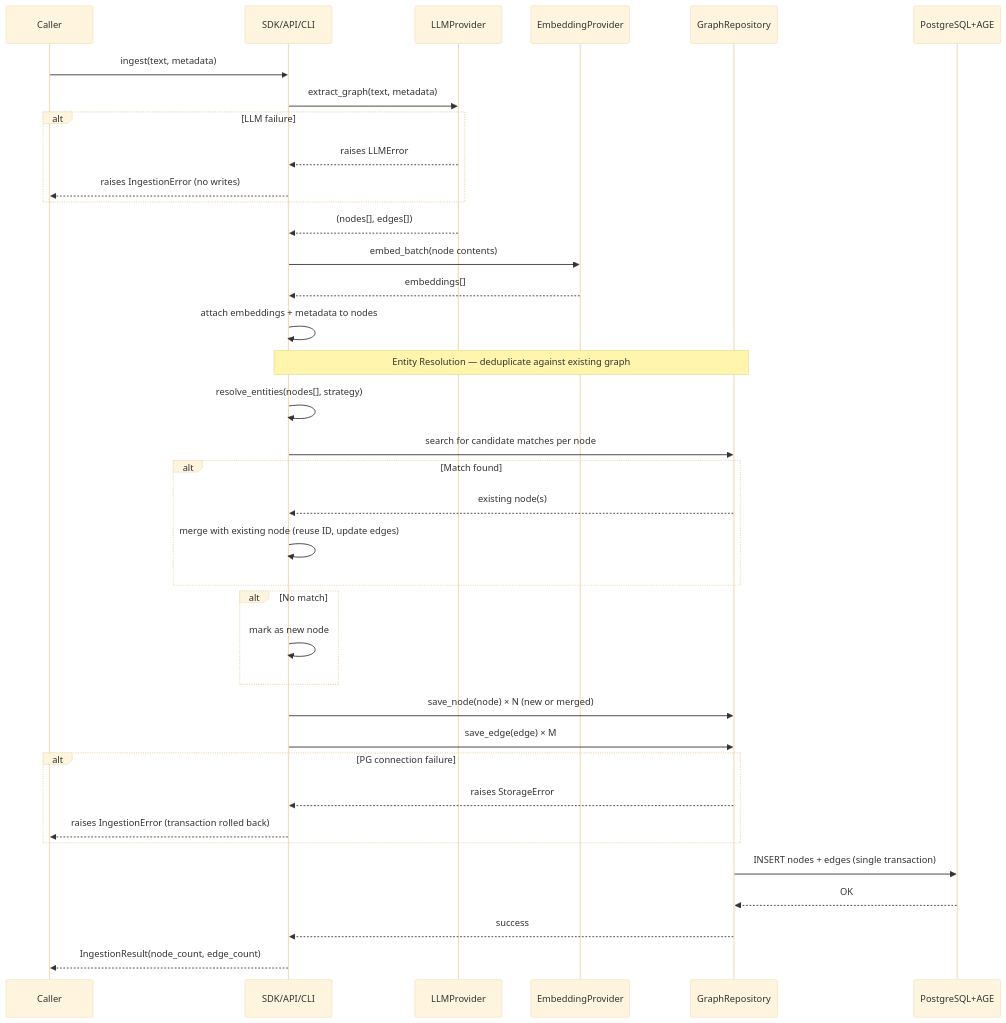
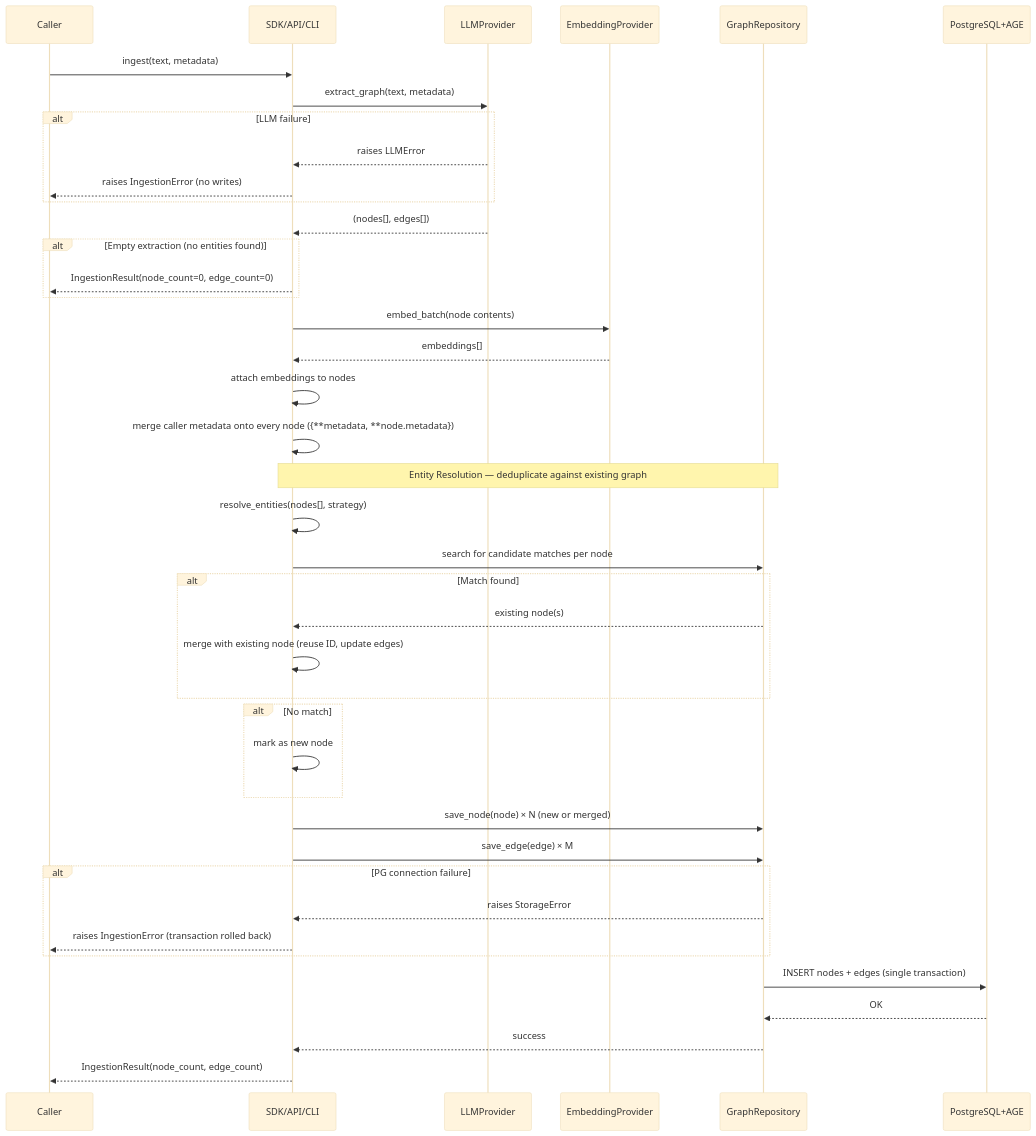
Before and after one commit to unifrancouni/depth-graph-search: the diagram in docs/flows/ingestion.md, drawn with Mermaid (base theme). The commit also changed other lines of this file and 5 other files, not shown here.

Commit message:
docs: update architecture, changelog, and flows for SDD-05

````diff
--- a/docs/flows/ingestion.md
+++ b/docs/flows/ingestion.md
@@ -11,49 +11,55 @@
 ```mermaid
 sequenceDiagram
     participant C as Caller
     participant SDK as SDK/API/CLI
     participant LLM as LLMProvider
     participant EMB as EmbeddingProvider
     participant GR as GraphRepository
     participant PG as PostgreSQL+AGE
 
     C->>SDK: ingest(text, metadata)
     SDK->>LLM: extract_graph(text, metadata)
 
     alt LLM failure
         LLM-->>SDK: raises LLMError
         SDK-->>C: raises IngestionError (no writes)
     end
 
     LLM-->>SDK: (nodes[], edges[])
+
+    alt Empty extraction (no entities found)
+        SDK-->>C: IngestionResult(node_count=0, edge_count=0)
+    end
+
     SDK->>EMB: embed_batch(node contents)
 
     EMB-->>SDK: embeddings[]
-    SDK->>SDK: attach embeddings + metadata to nodes
+    SDK->>SDK: attach embeddings to nodes
+    SDK->>SDK: merge caller metadata onto every node ({**metadata, **node.metadata})
 
     Note over SDK,GR: Entity Resolution — deduplicate against existing graph
     SDK->>SDK: resolve_entities(nodes[], strategy)
     SDK->>GR: search for candidate matches per node
 
     alt Match found
         GR-->>SDK: existing node(s)
         SDK->>SDK: merge with existing node (reuse ID, update edges)
     end
 
     alt No match
         SDK->>SDK: mark as new node
     end
 
     SDK->>GR: save_node(node) × N (new or merged)
     SDK->>GR: save_edge(edge) × M
 
     alt PG connection failure
         GR-->>SDK: raises StorageError
         SDK-->>C: raises IngestionError (transaction rolled back)
     end
 
     GR->>PG: INSERT nodes + edges (single transaction)
     PG-->>GR: OK
     GR-->>SDK: success
     SDK-->>C: IngestionResult(node_count, edge_count)
 ```
````
